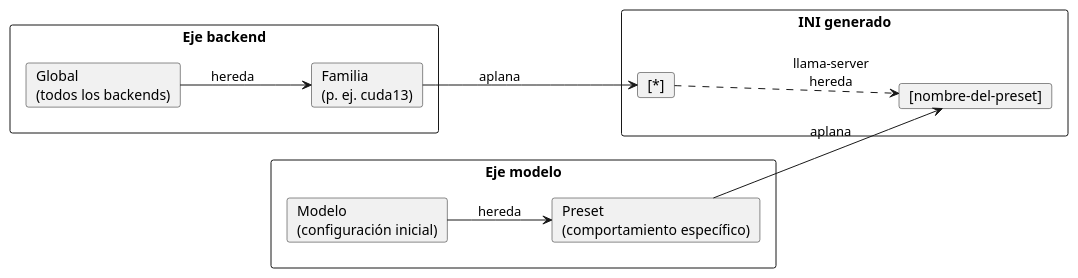
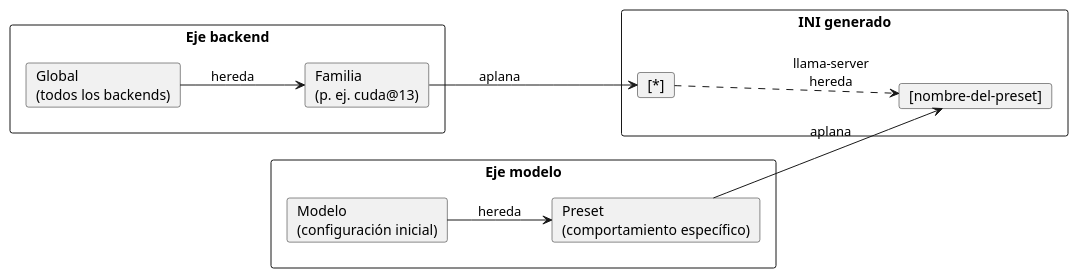
One commit to mstranich/coquena changed the second of 2 diagrams in docs/modelo-de-datos.md. Above: the diagram before and after it, drawn with PlantUML. The commit also changed other lines of this file and 6 other files, not shown here.

````diff
--- a/docs/modelo-de-datos.md
+++ b/docs/modelo-de-datos.md
@@ -132,22 +135,22 @@
 ```plantuml
 @startuml
 left to right direction
 rectangle "Eje backend" {
   card "Global\n(todos los backends)" as G
-  card "Familia\n(p. ej. cuda13)" as F
+  card "Familia\n(p. ej. cuda@13)" as F
   G --> F : hereda
 }
 rectangle "Eje modelo" {
   card "Modelo\n(configuración inicial)" as M
   card "Preset\n(comportamiento específico)" as P
   M --> P : hereda
 }
 rectangle "INI generado" {
   card "[*]" as S
   card "[nombre-del-preset]" as N
 }
 F --> S : aplana
 P --> N : aplana
 S ..> N : llama-server\nhereda
 @enduml
 ```
````
